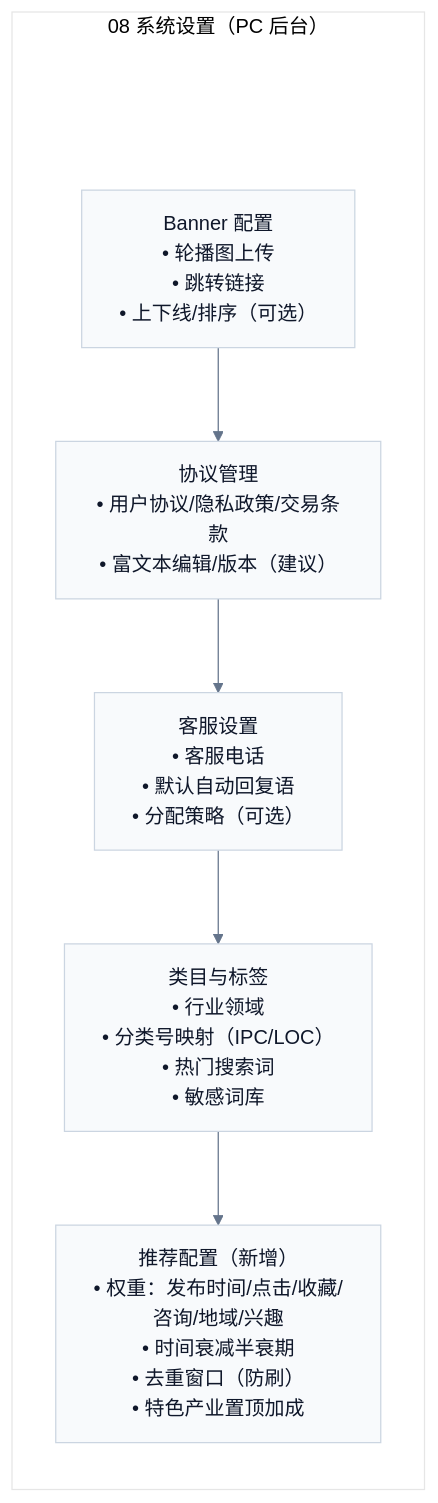
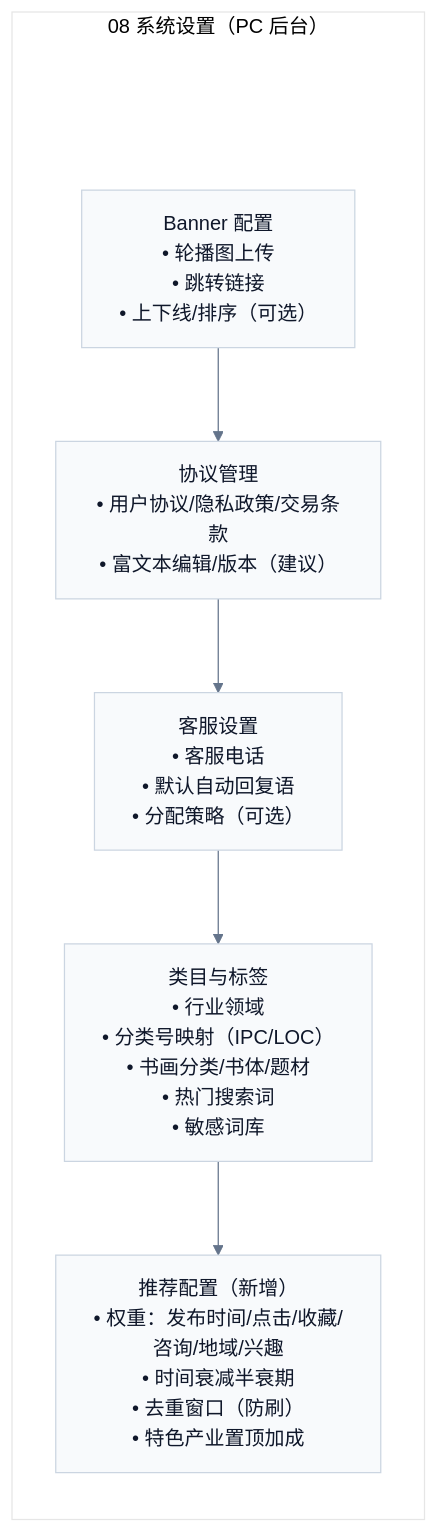
One commit to Ming-1984/Ipmoney changed the diagram in docs/demo/pages/admin/08-system-settings.mmd. Above: the diagram before and after it, drawn with Mermaid. The commit also changed 176 other files, not shown here.

Commit message:
Add SVG diagram for requirements phase summary with detailed flowchart representation

```diff
--- a/docs/demo/pages/admin/08-system-settings.mmd
+++ b/docs/demo/pages/admin/08-system-settings.mmd
@@ -1,16 +1,16 @@
 %%{init: {'theme':'base','flowchart': {'htmlLabels': true},'themeVariables': {'fontFamily': 'Inter, Microsoft YaHei, sans-serif','lineColor':'#64748B','primaryTextColor':'#0F172A','primaryBorderColor':'#CBD5E1','primaryColor':'#F8FAFC'}}}%%
 flowchart TB
   subgraph P["08 系统设置（PC 后台）"]
     direction TB
     Pad[" "]:::pad
     Banner["Banner 配置<br/>• 轮播图上传<br/>• 跳转链接<br/>• 上下线/排序（可选）"]
     Agreements["协议管理<br/>• 用户协议/隐私政策/交易条款<br/>• 富文本编辑/版本（建议）"]
     CS["客服设置<br/>• 客服电话<br/>• 默认自动回复语<br/>• 分配策略（可选）"]
-    Taxonomy["类目与标签<br/>• 行业领域<br/>• 分类号映射（IPC/LOC）<br/>• 热门搜索词<br/>• 敏感词库"]
+    Taxonomy["类目与标签<br/>• 行业领域<br/>• 分类号映射（IPC/LOC）<br/>• 书画分类/书体/题材<br/>• 热门搜索词<br/>• 敏感词库"]
     Recommend["推荐配置（新增）<br/>• 权重：发布时间/点击/收藏/咨询/地域/兴趣<br/>• 时间衰减半衰期<br/>• 去重窗口（防刷）<br/>• 特色产业置顶加成"]
     Pad --> Banner
     Banner --> Agreements --> CS --> Taxonomy --> Recommend
   end
 
   classDef pad fill:transparent,stroke:transparent,color:transparent;
   linkStyle 0 stroke:transparent,fill:transparent;
```
